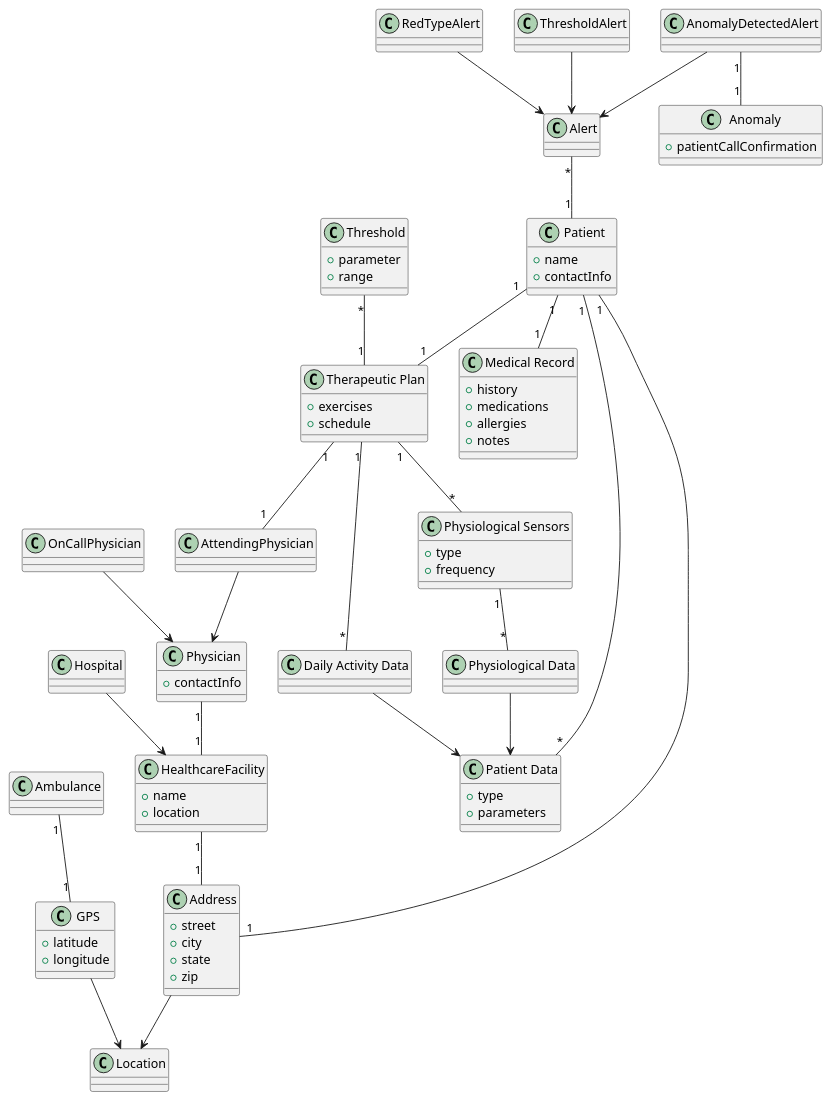
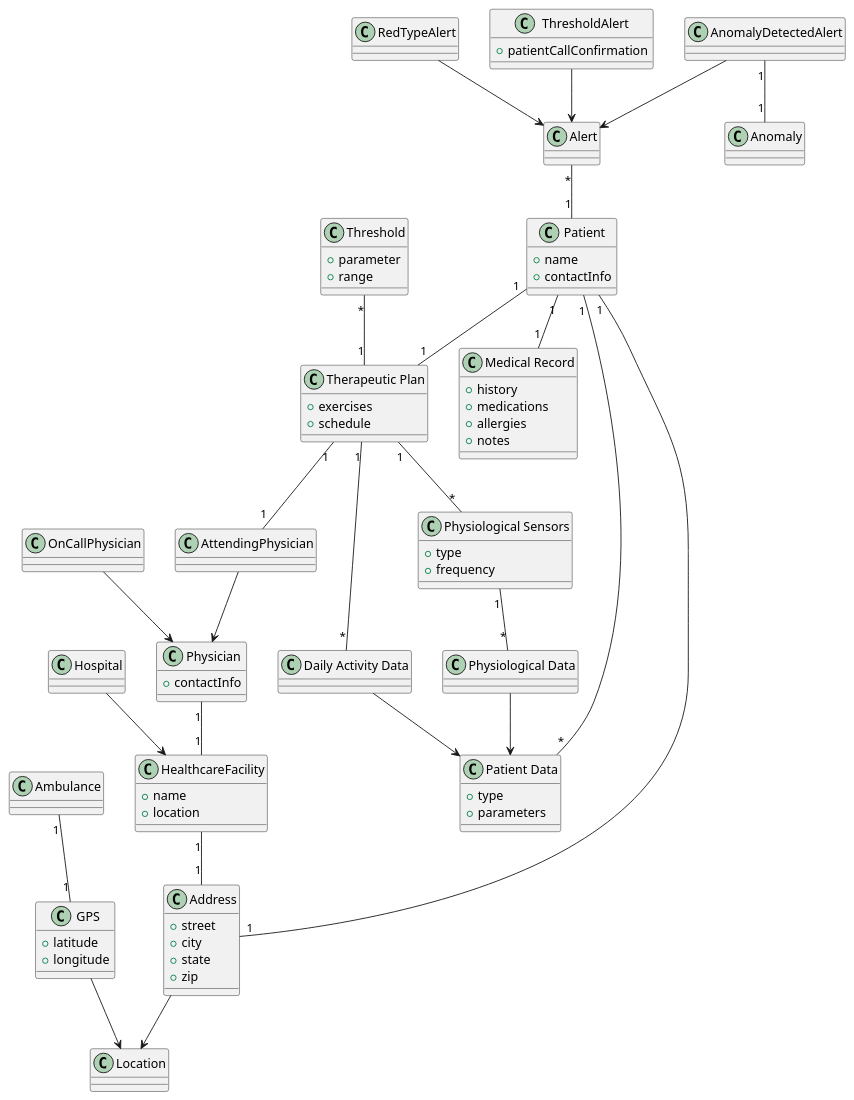
The diagram in diagrams/data_diagram.plantuml (koalas11/Software-Architecture-Project), drawn with PlantUML before and after one commit. The commit also changed 2 other files, not shown here.

```diff
--- a/diagrams/data_diagram.plantuml
+++ b/diagrams/data_diagram.plantuml
@@ -1,140 +1,122 @@
 @startuml data_diagram
 ' Class diagram for the problem architecture (WHAT)
 
 class Patient {
   +name
   +contactInfo
 }
 
 class "Medical Record" as MedicalRecord {
   +history
   +medications
   +allergies
   +notes
 }
 
 class "Therapeutic Plan" as TherapeuticPlan {
   +exercises
   +schedule
 }
 
 class "Patient Data" as PatientData {
   +type
   +parameters
 }
 
-class "Physiological Data" as PhysiologicalData {
+class "Physiological Data" as PhysiologicalData {}
 
-}
-
-class "Daily Activity Data" as DailyActivityData {
-
-}
+class "Daily Activity Data" as DailyActivityData {}
 
 class Physician {
   +contactInfo
 }
 
-class AttendingPhysician {
-}
+class AttendingPhysician {}
 
-class OnCallPhysician {
-}
+class OnCallPhysician {}
 
 class HealthcareFacility {
   +name
   +location
 }
 
-class Hospital {
-}
+class Hospital {}
 
-class Ambulance {
+class Ambulance {}
 
-}
+class Alert {}
 
-class Alert {
-}
+class RedTypeAlert {}
 
-class RedTypeAlert {
-
-}
-
-class AnomalyDetectedAlert {
-
-}
+class AnomalyDetectedAlert {}
 
 class ThresholdAlert {
-
+  + patientCallConfirmation
 }
 
 RedTypeAlert --> Alert
 AnomalyDetectedAlert --> Alert
 ThresholdAlert --> Alert
 
-class Anomaly {
-  + patientCallConfirmation
-}
+class Anomaly {}
 
 
-class Location {
-
-}
+class Location {}
 
 class Address {
   +street
   +city
   +state
   +zip
 }
 
 class GPS {
   +latitude
   +longitude
 }
 
 class "Physiological Sensors" as PhysiologicalSensors {
   +type
   +frequency
 }
 
 class Threshold {
   +parameter
   +range
 }
 
 Threshold "*" -- "1" TherapeuticPlan
 TherapeuticPlan "1" -- "*" DailyActivityData
 TherapeuticPlan "1" -- "*" PhysiologicalSensors
 PhysiologicalSensors "1" -- "*" PhysiologicalData
 
 Address --> Location
 GPS --> Location
 
 HealthcareFacility "1" -- "1" Address
 Ambulance "1" -- "1" GPS
 Patient "1" -- "1" Address
 
 AnomalyDetectedAlert "1" -- "1" Anomaly
 
 ' Relationships
 Patient "1" -- "1" MedicalRecord
 Patient "1" -- "1" TherapeuticPlan
 Patient "1" -- "*" PatientData
 
 TherapeuticPlan "1" -- "1" AttendingPhysician
 
 Hospital --> HealthcareFacility
 
 Physician "1" -- "1" HealthcareFacility
 
 AttendingPhysician --> Physician
 OnCallPhysician --> Physician
 
 PhysiologicalData --> PatientData
 DailyActivityData --> PatientData
 
 Alert "*" -- "1" Patient
 
 
 @enduml
```
